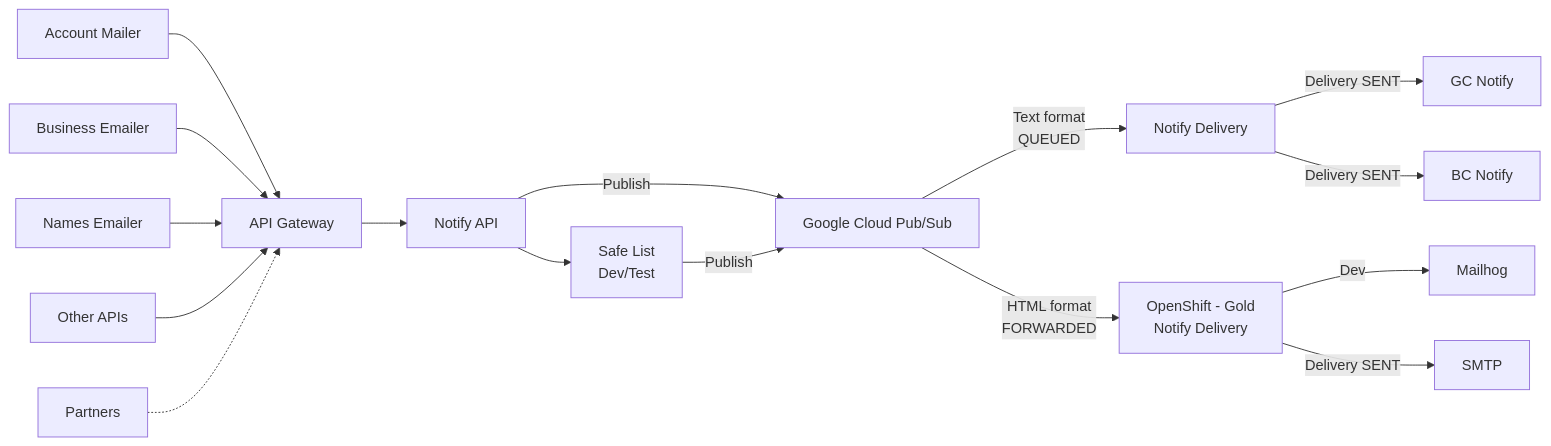
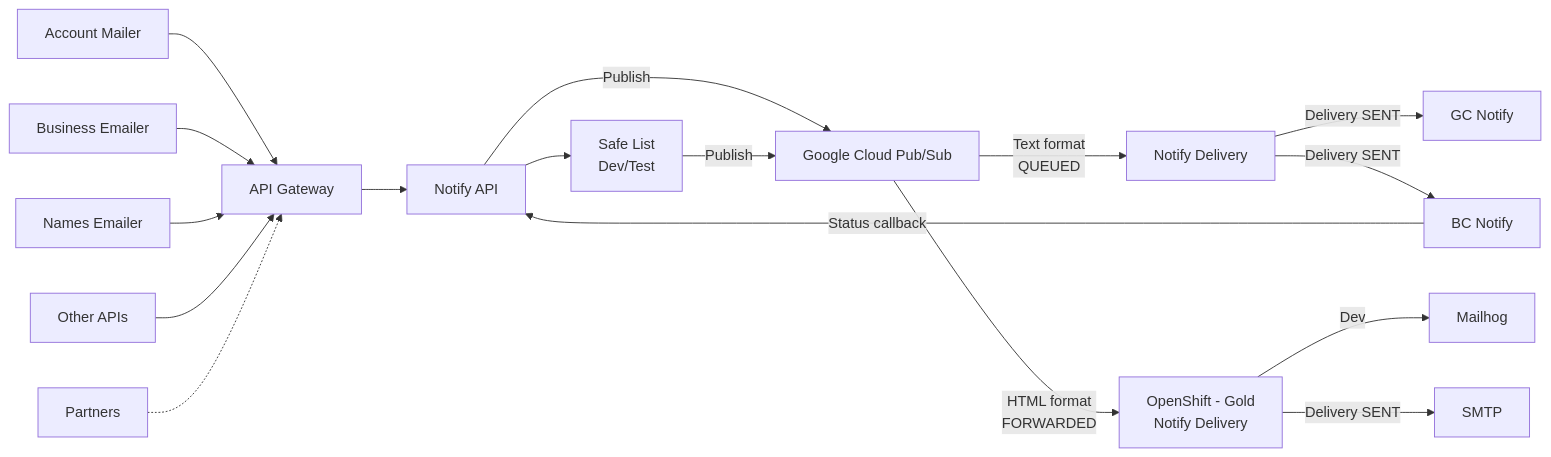
The second of 2 diagrams in notify-service/ARCHITECTURE.md (pwei1018/bcros-common), drawn with Mermaid before and after one commit. The commit also changed other lines of this file and 20 other files, not shown here.

````diff
--- a/notify-service/ARCHITECTURE.md
+++ b/notify-service/ARCHITECTURE.md
@@ -64,20 +65,21 @@
 ```mermaid
 flowchart LR
     Account[Account Mailer] --> Gateway[API Gateway]
     Business[Business Emailer] --> Gateway
     Names[Names Emailer] --> Gateway
     APIs[Other APIs] --> Gateway
     Partners[Partners] -.-> Gateway
 
     Gateway --> API[Notify API]
     API --> Safe[Safe List<br/>Dev/Test]
     API -->|Publish| PubSub[Google Cloud Pub/Sub]
     Safe-->|Publish| PubSub[Google Cloud Pub/Sub]
 
     PubSub -->|Text format<br/>QUEUED| Delivery[Notify Delivery]
     PubSub -->|HTML format<br/>FORWARDED| OCP[OpenShift - Gold<br/>Notify Delivery]
     Delivery -->|Delivery SENT| GC[GC Notify]
     Delivery -->|Delivery SENT| BC[BC Notify]
+    BC -->|Status callback| API
     OCP -->|Dev| Mailhog
     OCP -->|Delivery SENT| SMTP
 ```
````
